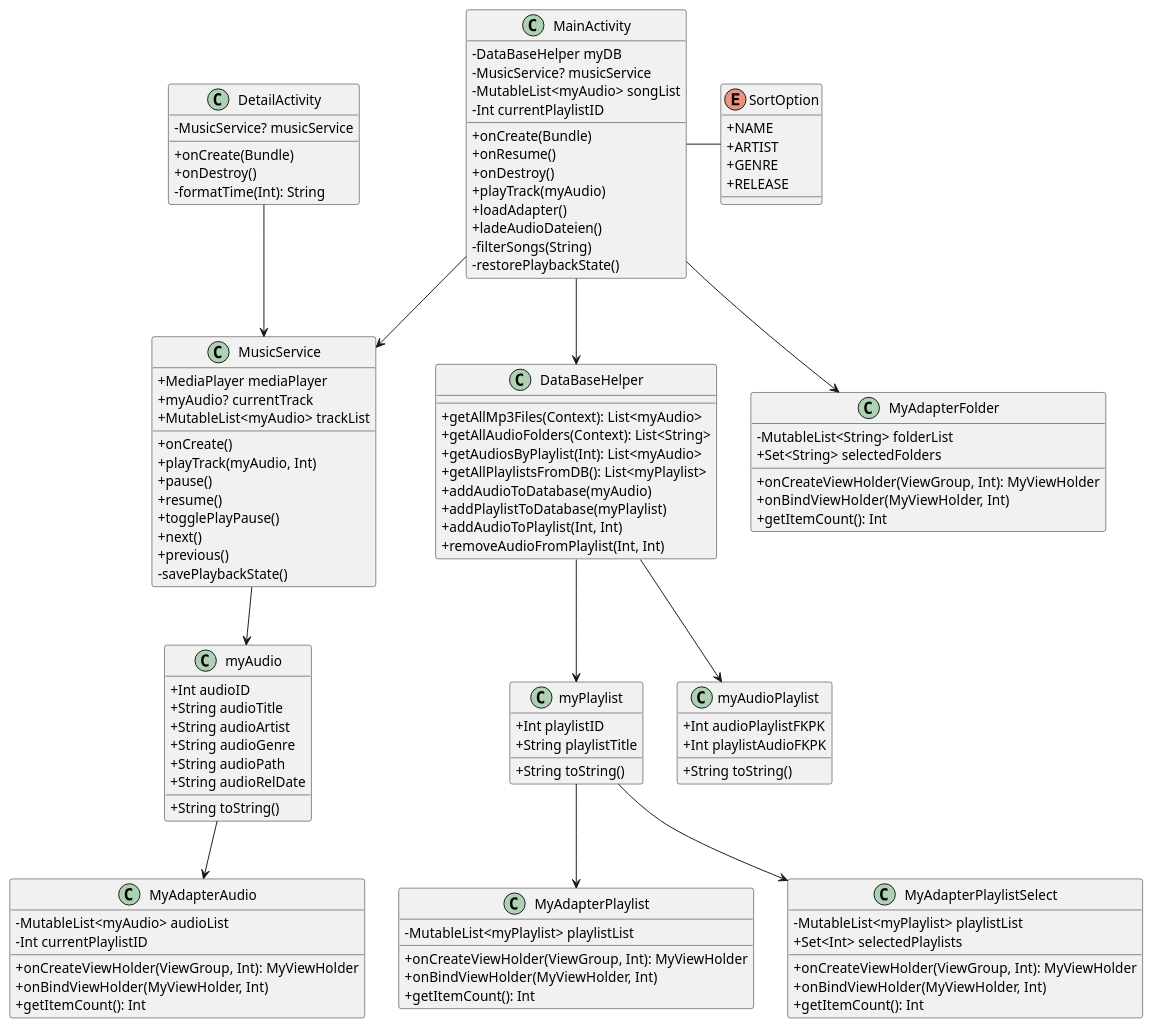
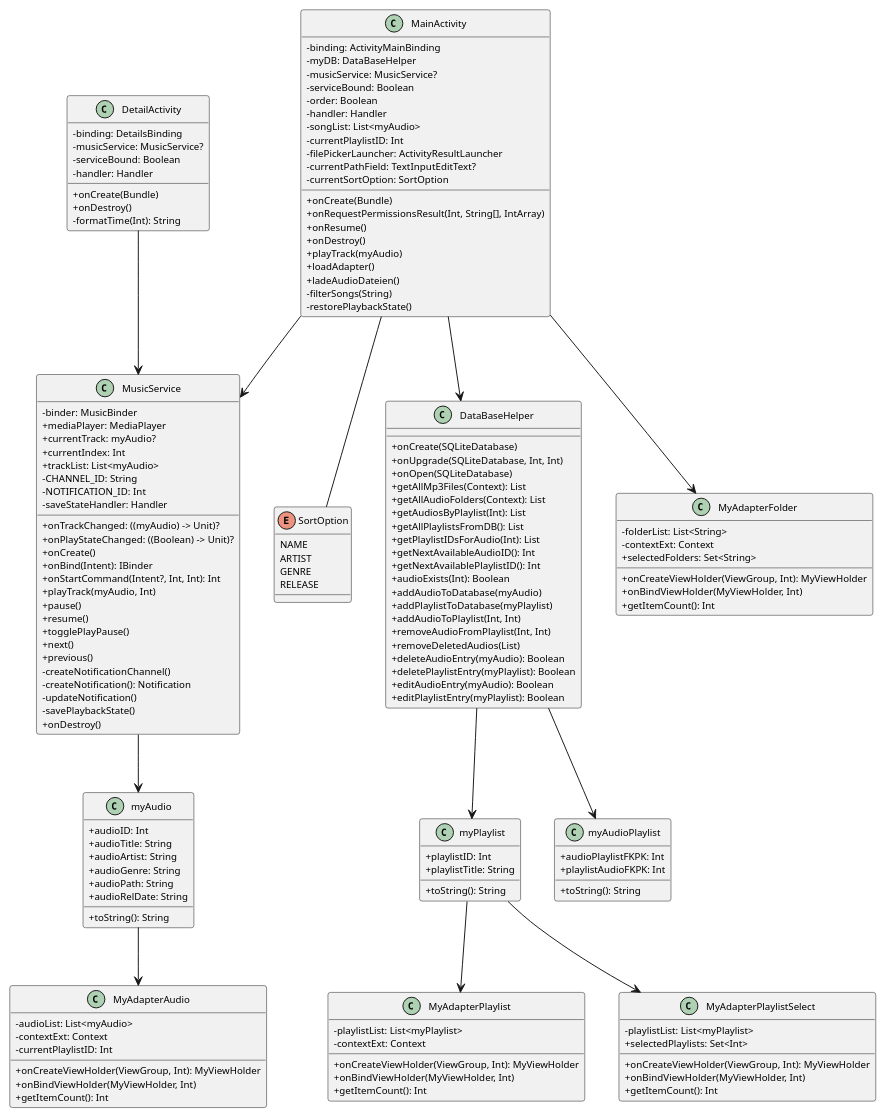
One commit to MatthiasWork/AndroidMusicPlayer changed the diagram in NewDiagram.puml. Above: the diagram before and after it, drawn with PlantUML.

Commit message:
Diagramm fertig

```diff
--- a/NewDiagram.puml
+++ b/NewDiagram.puml
@@ -1,136 +1,172 @@
 @startuml
 skinparam classAttributeIconSize 0
+skinparam defaultFontSize 10
+skinparam classFontSize 10
 
-' Ebene 1: MainActivity ganz oben
 class MainActivity {
-- DataBaseHelper myDB
-- MusicService? musicService
-- MutableList<myAudio> songList
-- Int currentPlaylistID
+- binding: ActivityMainBinding
+- myDB: DataBaseHelper
+- musicService: MusicService?
+- serviceBound: Boolean
+- order: Boolean
+- handler: Handler
+- songList: List<myAudio>
+- currentPlaylistID: Int
+- filePickerLauncher: ActivityResultLauncher
+- currentPathField: TextInputEditText?
+- currentSortOption: SortOption
 + onCreate(Bundle)
++ onRequestPermissionsResult(Int, String[], IntArray)
 + onResume()
 + onDestroy()
 + playTrack(myAudio)
 + loadAdapter()
 + ladeAudioDateien()
 - filterSongs(String)
 - restorePlaybackState()
 }
 
 enum SortOption {
-+  NAME
-+  ARTIST
-+  GENRE
-+  RELEASE
+NAME
+ARTIST
+GENRE
+RELEASE
 }
 
-MainActivity - SortOption
-
-' Ebene 2: Services direkt darunter
+MainActivity -- SortOption
 MainActivity -down-> MusicService
-MainActivity -down-> DataBaseHelper
 
 class MusicService {
-+ MediaPlayer mediaPlayer
-+ myAudio? currentTrack
-+ MutableList<myAudio> trackList
+- binder: MusicBinder
++ mediaPlayer: MediaPlayer
++ currentTrack: myAudio?
++ currentIndex: Int
++ trackList: List<myAudio>
+- CHANNEL_ID: String
+- NOTIFICATION_ID: Int
+- saveStateHandler: Handler
++ onTrackChanged: ((myAudio) -> Unit)?
++ onPlayStateChanged: ((Boolean) -> Unit)?
 + onCreate()
++ onBind(Intent): IBinder
++ onStartCommand(Intent?, Int, Int): Int
 + playTrack(myAudio, Int)
 + pause()
 + resume()
 + togglePlayPause()
 + next()
 + previous()
+- createNotificationChannel()
+- createNotification(): Notification
+- updateNotification()
 - savePlaybackState()
++ onDestroy()
 }
 
+MusicService -down-> myAudio
+
+class myAudio {
++ audioID: Int
++ audioTitle: String
++ audioArtist: String
++ audioGenre: String
++ audioPath: String
++ audioRelDate: String
++ toString(): String
+}
+
+MainActivity -down-> DataBaseHelper
+
 class DataBaseHelper {
-+ getAllMp3Files(Context): List<myAudio>
-+ getAllAudioFolders(Context): List<String>
-+ getAudiosByPlaylist(Int): List<myAudio>
-+ getAllPlaylistsFromDB(): List<myPlaylist>
++ onCreate(SQLiteDatabase)
++ onUpgrade(SQLiteDatabase, Int, Int)
++ onOpen(SQLiteDatabase)
++ getAllMp3Files(Context): List
++ getAllAudioFolders(Context): List
++ getAudiosByPlaylist(Int): List
++ getAllPlaylistsFromDB(): List
++ getPlaylistIDsForAudio(Int): List
++ getNextAvailableAudioID(): Int
++ getNextAvailablePlaylistID(): Int
++ audioExists(Int): Boolean
 + addAudioToDatabase(myAudio)
 + addPlaylistToDatabase(myPlaylist)
 + addAudioToPlaylist(Int, Int)
 + removeAudioFromPlaylist(Int, Int)
++ removeDeletedAudios(List)
++ deleteAudioEntry(myAudio): Boolean
++ deletePlaylistEntry(myPlaylist): Boolean
++ editAudioEntry(myAudio): Boolean
++ editPlaylistEntry(myPlaylist): Boolean
 }
 
-' Ebene 3: DetailActivity separat
+DataBaseHelper -down-> myPlaylist
+
+class myPlaylist {
++ playlistID: Int
++ playlistTitle: String
++ toString(): String
+}
+
+DataBaseHelper -down-> myAudioPlaylist
+
+class myAudioPlaylist {
++ audioPlaylistFKPK: Int
++ playlistAudioFKPK: Int
++ toString(): String
+}
+
 class DetailActivity {
-- MusicService? musicService
+- binding: DetailsBinding
+- musicService: MusicService?
+- serviceBound: Boolean
+- handler: Handler
 + onCreate(Bundle)
 + onDestroy()
 - formatTime(Int): String
 }
 
 DetailActivity -down-> MusicService
 
-' Ebene 4: Adapter alle untereinander
-MusicService -down-> myAudio
-
-class myAudio {
-+ Int audioID
-+ String audioTitle
-+ String audioArtist
-+ String audioGenre
-+ String audioPath
-+ String audioRelDate
-+ String toString()
-}
-
-DataBaseHelper -down-> myPlaylist
-
-class myPlaylist {
-+ Int playlistID
-+ String playlistTitle
-+ String toString()
-}
-
-DataBaseHelper -down-> myAudioPlaylist
-
-class myAudioPlaylist {
-+ Int audioPlaylistFKPK
-+ Int playlistAudioFKPK
-+ String toString()
-}
-
 myAudio -down-> MyAdapterAudio
 
 class MyAdapterAudio {
-- MutableList<myAudio> audioList
-- Int currentPlaylistID
+- audioList: List<myAudio>
+- contextExt: Context
+- currentPlaylistID: Int
 + onCreateViewHolder(ViewGroup, Int): MyViewHolder
 + onBindViewHolder(MyViewHolder, Int)
 + getItemCount(): Int
 }
 
 myPlaylist -down-> MyAdapterPlaylist
 
 class MyAdapterPlaylist {
-- MutableList<myPlaylist> playlistList
+- playlistList: List<myPlaylist>
+- contextExt: Context
 + onCreateViewHolder(ViewGroup, Int): MyViewHolder
 + onBindViewHolder(MyViewHolder, Int)
 + getItemCount(): Int
 }
 
 myPlaylist -down-> MyAdapterPlaylistSelect
 
 class MyAdapterPlaylistSelect {
-- MutableList<myPlaylist> playlistList
-+ Set<Int> selectedPlaylists
+- playlistList: List<myPlaylist>
++ selectedPlaylists: Set<Int>
 + onCreateViewHolder(ViewGroup, Int): MyViewHolder
 + onBindViewHolder(MyViewHolder, Int)
 + getItemCount(): Int
 }
 
 class MyAdapterFolder {
-- MutableList<String> folderList
-+ Set<String> selectedFolders
+- folderList: List<String>
+- contextExt: Context
++ selectedFolders: Set<String>
 + onCreateViewHolder(ViewGroup, Int): MyViewHolder
 + onBindViewHolder(MyViewHolder, Int)
 + getItemCount(): Int
 }
 
 MainActivity -down-> MyAdapterFolder
-
 @enduml
```
